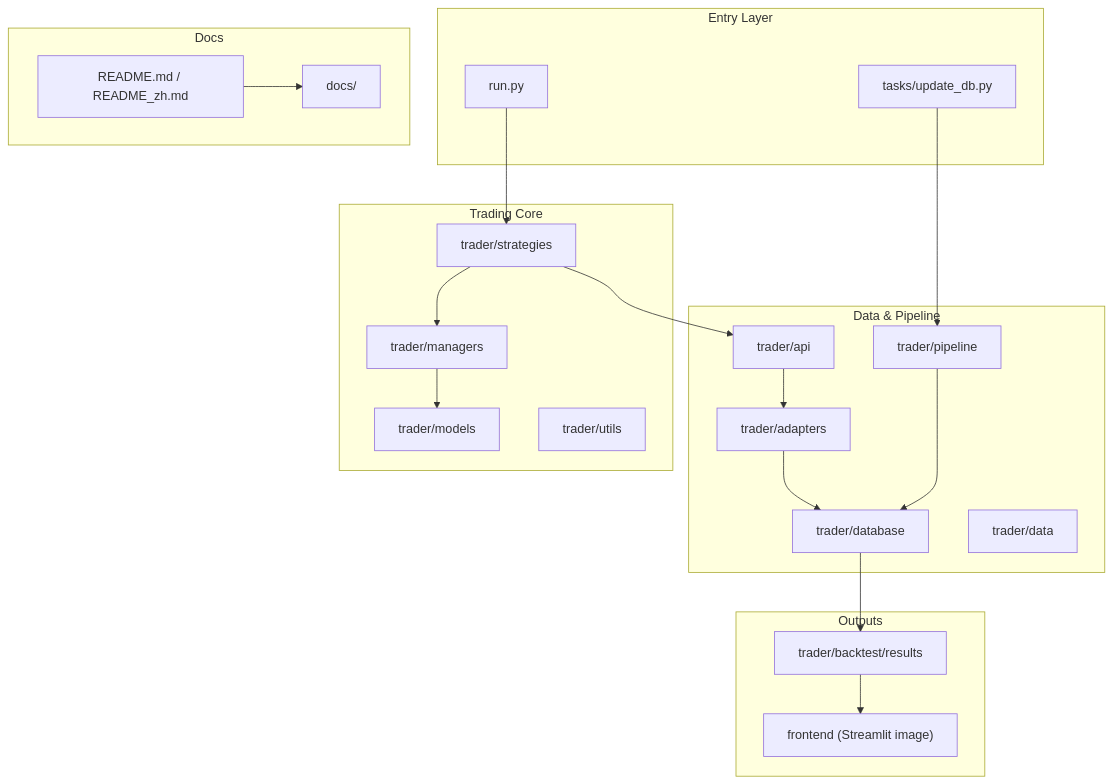
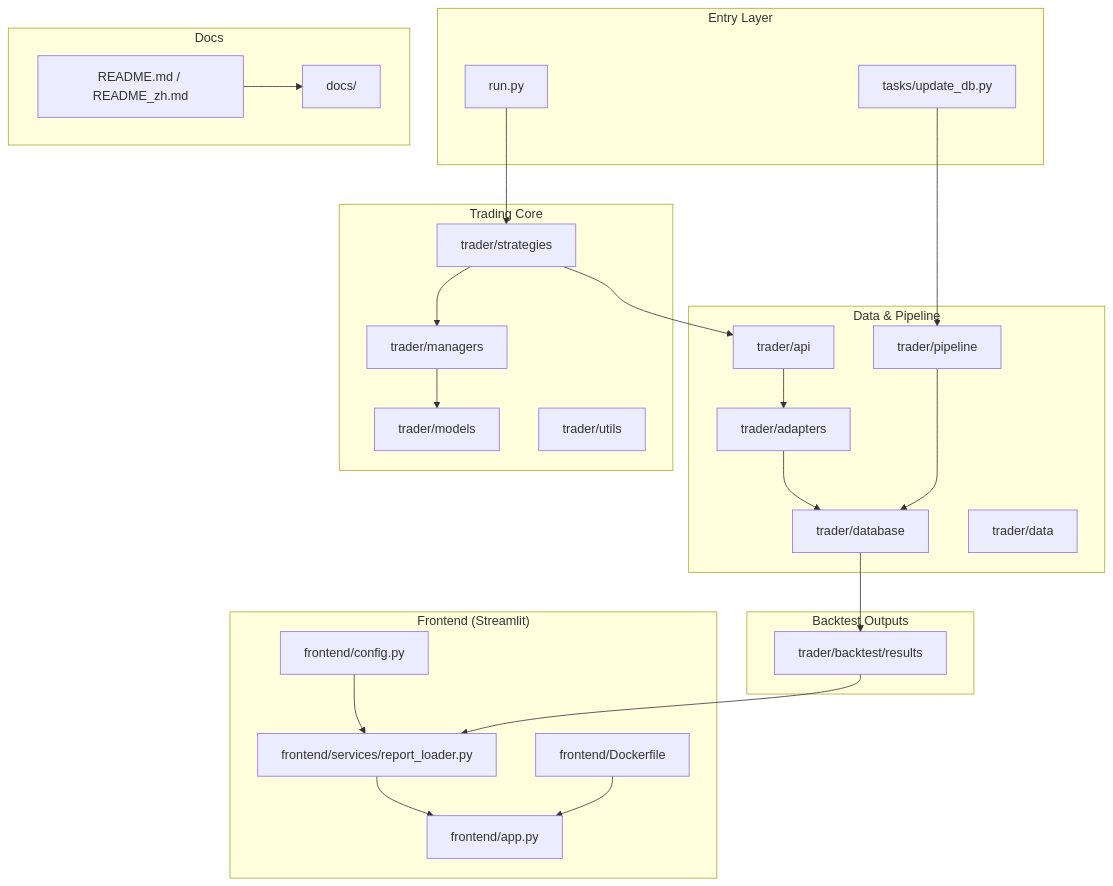
One commit to kuo220/AlphaEdge changed the diagram in README.md. Above: the diagram before and after it, drawn with Mermaid. The commit also changed 3 other files, not shown here.

First line of the commit message:
docs: replace architecture review with PostgreSQL migration plan

````diff
--- a/README.md
+++ b/README.md
@@ -9,44 +9,53 @@
 ```mermaid
 graph TB
     subgraph entry ["Entry Layer"]
         RunPy["run.py"]
         Tasks["tasks/update_db.py"]
     end
 
     subgraph trading_core ["Trading Core"]
         Strategies["trader/strategies"]
         Managers["trader/managers"]
         Models["trader/models"]
         Utils["trader/utils"]
     end
 
     subgraph data_layer ["Data & Pipeline"]
         API["trader/api"]
         Adapters["trader/adapters"]
         Pipeline["trader/pipeline"]
         DB["trader/database"]
         Data["trader/data"]
     end
 
-    subgraph output_layer ["Outputs"]
+    subgraph output_layer ["Backtest Outputs"]
         Backtest["trader/backtest/results"]
-        Frontend["frontend (Streamlit image)"]
+    end
+
+    subgraph frontend_layer ["Frontend (Streamlit)"]
+        FrontendApp["frontend/app.py"]
+        FrontendService["frontend/services/report_loader.py"]
+        FrontendConfig["frontend/config.py"]
+        FrontendDocker["frontend/Dockerfile"]
     end
 
     subgraph docs_layer ["Docs"]
         Readme["README.md / README_zh.md"]
         Docs["docs/"]
     end
 
     RunPy --> Strategies
     Tasks --> Pipeline
     Strategies --> Managers
     Managers --> Models
     Strategies --> API
     API --> Adapters
     Adapters --> DB
     Pipeline --> DB
     DB --> Backtest
-    Backtest --> Frontend
+    Backtest --> FrontendService
+    FrontendConfig --> FrontendService
+    FrontendService --> FrontendApp
+    FrontendDocker --> FrontendApp
     Readme --> Docs
 ```
````
